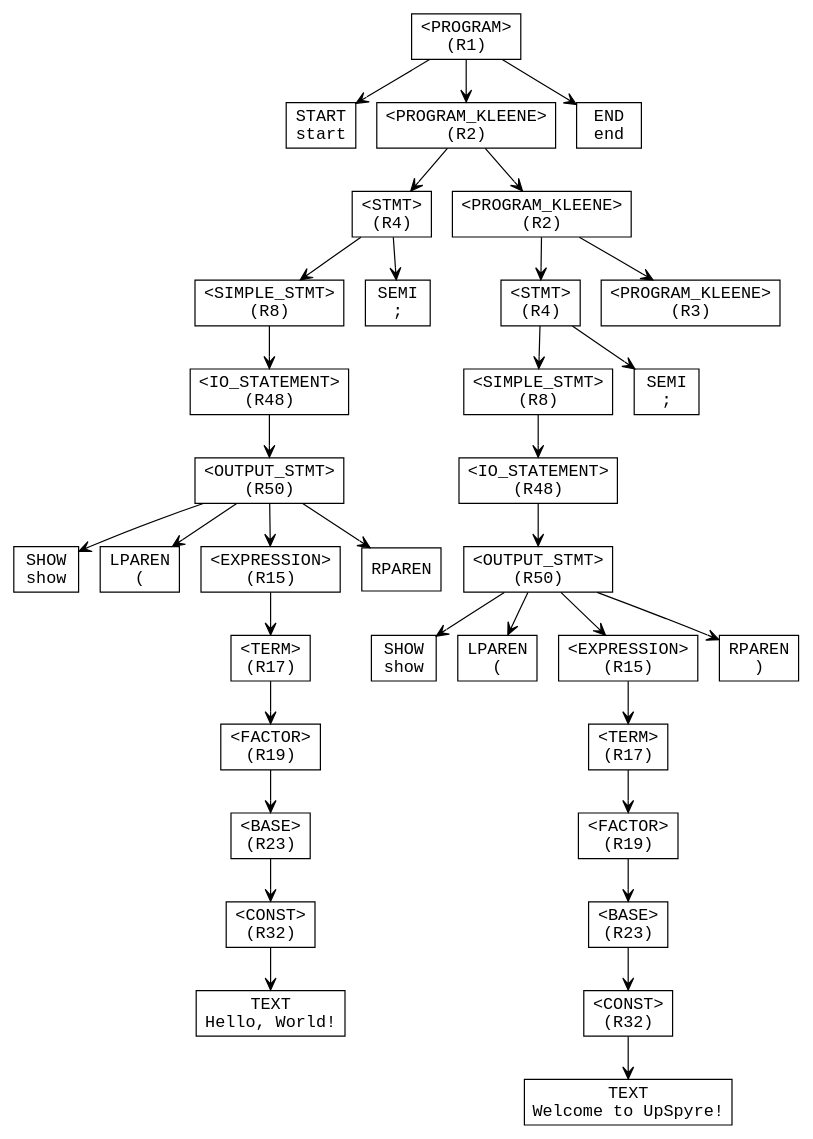
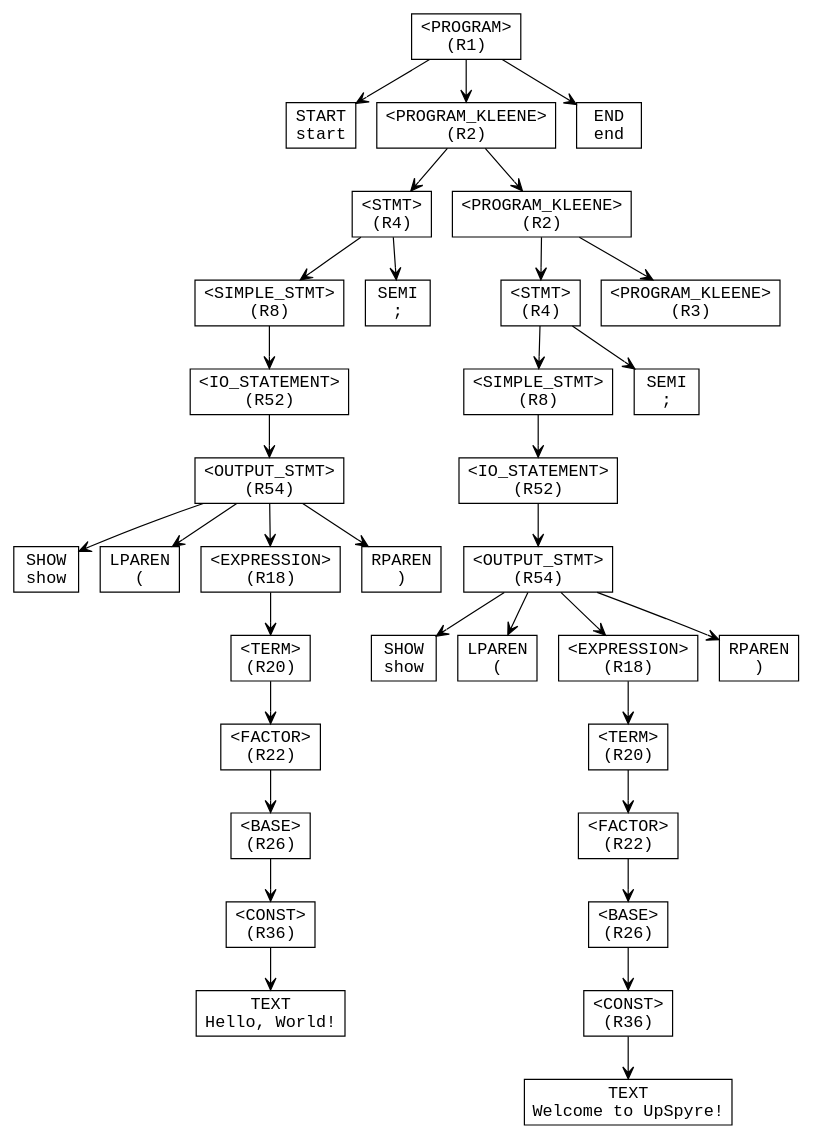
One commit to AjDesuuu/Upspyre-Programming-Language changed the diagram in parse_tree.dot. Above: the diagram before and after it, drawn with Graphviz. The commit also changed 12 other files, not shown here.

```diff
--- a/parse_tree.dot
+++ b/parse_tree.dot
@@ -1,71 +1,71 @@
 digraph ParseTree {
   node [shape=box, fontname="Courier"];
   edge [arrowhead=vee];
-  n472141776 [label="<PROGRAM>\n(R1)"];
-  n130067409 [label="START\nstart"];
-  n472141776 -> n130067409;
-  n1835059686 [label="<PROGRAM_KLEENE>\n(R2)"];
-  n1610595538 [label="<STMT>\n(R4)"];
-  n1637556786 [label="<SIMPLE_STMT>\n(R8)"];
-  n1661441011 [label="<IO_STATEMENT>\n(R48)"];
-  n138627468 [label="<OUTPUT_STMT>\n(R50)"];
-  n720928122 [label="SHOW\nshow"];
-  n138627468 -> n720928122;
-  n315248805 [label="LPAREN\n("];
-  n138627468 -> n315248805;
-  n1292747012 [label="<EXPRESSION>\n(R15)"];
-  n1594945024 [label="<TERM>\n(R17)"];
-  n912939829 [label="<FACTOR>\n(R19)"];
-  n1986357797 [label="<BASE>\n(R23)"];
-  n1430487052 [label="<CONST>\n(R32)"];
-  n234554442 [label="TEXT\nHello, World!"];
-  n1430487052 -> n234554442;
-  n1986357797 -> n1430487052;
-  n912939829 -> n1986357797;
-  n1594945024 -> n912939829;
-  n1292747012 -> n1594945024;
-  n138627468 -> n1292747012;
-  n1764513075 [label="RPAREN\n"];
-  n138627468 -> n1764513075;
-  n1661441011 -> n138627468;
-  n1637556786 -> n1661441011;
-  n1610595538 -> n1637556786;
-  n876953201 [label="SEMI\n;"];
-  n1610595538 -> n876953201;
-  n1835059686 -> n1610595538;
-  n2102364949 [label="<PROGRAM_KLEENE>\n(R2)"];
-  n683874722 [label="<STMT>\n(R4)"];
-  n600654916 [label="<SIMPLE_STMT>\n(R8)"];
-  n1055277306 [label="<IO_STATEMENT>\n(R48)"];
-  n1064330000 [label="<OUTPUT_STMT>\n(R50)"];
-  n265184085 [label="SHOW\nshow"];
-  n1064330000 -> n265184085;
-  n1181284748 [label="LPAREN\n("];
-  n1064330000 -> n1181284748;
-  n1241878571 [label="<EXPRESSION>\n(R15)"];
-  n1993413272 [label="<TERM>\n(R17)"];
-  n184095708 [label="<FACTOR>\n(R19)"];
-  n198979478 [label="<BASE>\n(R23)"];
-  n1832808974 [label="<CONST>\n(R32)"];
-  n319158499 [label="TEXT\nWelcome to UpSpyre!"];
-  n1832808974 -> n319158499;
-  n198979478 -> n1832808974;
-  n184095708 -> n198979478;
-  n1993413272 -> n184095708;
-  n1241878571 -> n1993413272;
-  n1064330000 -> n1241878571;
-  n1369472684 [label="RPAREN\n)"];
-  n1064330000 -> n1369472684;
-  n1055277306 -> n1064330000;
-  n600654916 -> n1055277306;
-  n683874722 -> n600654916;
-  n996821905 [label="SEMI\n;"];
-  n683874722 -> n996821905;
-  n2102364949 -> n683874722;
-  n635101424 [label="<PROGRAM_KLEENE>\n(R3)"];
-  n2102364949 -> n635101424;
-  n1835059686 -> n2102364949;
-  n472141776 -> n1835059686;
-  n430229064 [label="END\nend"];
-  n472141776 -> n430229064;
+  n365795596 [label="<PROGRAM>\n(R1)"];
+  n2117454005 [label="START\nstart"];
+  n365795596 -> n2117454005;
+  n1473783782 [label="<PROGRAM_KLEENE>\n(R2)"];
+  n1155447687 [label="<STMT>\n(R4)"];
+  n1025662953 [label="<SIMPLE_STMT>\n(R8)"];
+  n1828866200 [label="<IO_STATEMENT>\n(R52)"];
+  n2071180745 [label="<OUTPUT_STMT>\n(R54)"];
+  n1245719459 [label="SHOW\nshow"];
+  n2071180745 -> n1245719459;
+  n1706227733 [label="LPAREN\n("];
+  n2071180745 -> n1706227733;
+  n445328051 [label="<EXPRESSION>\n(R18)"];
+  n2083527126 [label="<TERM>\n(R20)"];
+  n937830592 [label="<FACTOR>\n(R22)"];
+  n1172704377 [label="<BASE>\n(R26)"];
+  n117139652 [label="<CONST>\n(R36)"];
+  n2054762340 [label="TEXT\nHello, World!"];
+  n117139652 -> n2054762340;
+  n1172704377 -> n117139652;
+  n937830592 -> n1172704377;
+  n2083527126 -> n937830592;
+  n445328051 -> n2083527126;
+  n2071180745 -> n445328051;
+  n2095036611 [label="RPAREN\n)"];
+  n2071180745 -> n2095036611;
+  n1828866200 -> n2071180745;
+  n1025662953 -> n1828866200;
+  n1155447687 -> n1025662953;
+  n154134245 [label="SEMI\n;"];
+  n1155447687 -> n154134245;
+  n1473783782 -> n1155447687;
+  n1422852684 [label="<PROGRAM_KLEENE>\n(R2)"];
+  n1744704958 [label="<STMT>\n(R4)"];
+  n1726394402 [label="<SIMPLE_STMT>\n(R8)"];
+  n268991189 [label="<IO_STATEMENT>\n(R52)"];
+  n1014614010 [label="<OUTPUT_STMT>\n(R54)"];
+  n725444142 [label="SHOW\nshow"];
+  n1014614010 -> n725444142;
+  n2022290635 [label="LPAREN\n("];
+  n1014614010 -> n2022290635;
+  n721729501 [label="<EXPRESSION>\n(R18)"];
+  n1496376144 [label="<TERM>\n(R20)"];
+  n427618894 [label="<FACTOR>\n(R22)"];
+  n744895046 [label="<BASE>\n(R26)"];
+  n584241736 [label="<CONST>\n(R36)"];
+  n2082905889 [label="TEXT\nWelcome to UpSpyre!"];
+  n584241736 -> n2082905889;
+  n744895046 -> n584241736;
+  n427618894 -> n744895046;
+  n1496376144 -> n427618894;
+  n721729501 -> n1496376144;
+  n1014614010 -> n721729501;
+  n37153897 [label="RPAREN\n)"];
+  n1014614010 -> n37153897;
+  n268991189 -> n1014614010;
+  n1726394402 -> n268991189;
+  n1744704958 -> n1726394402;
+  n534714987 [label="SEMI\n;"];
+  n1744704958 -> n534714987;
+  n1422852684 -> n1744704958;
+  n724290378 [label="<PROGRAM_KLEENE>\n(R3)"];
+  n1422852684 -> n724290378;
+  n1473783782 -> n1422852684;
+  n365795596 -> n1473783782;
+  n1664915097 [label="END\nend"];
+  n365795596 -> n1664915097;
 }
```
